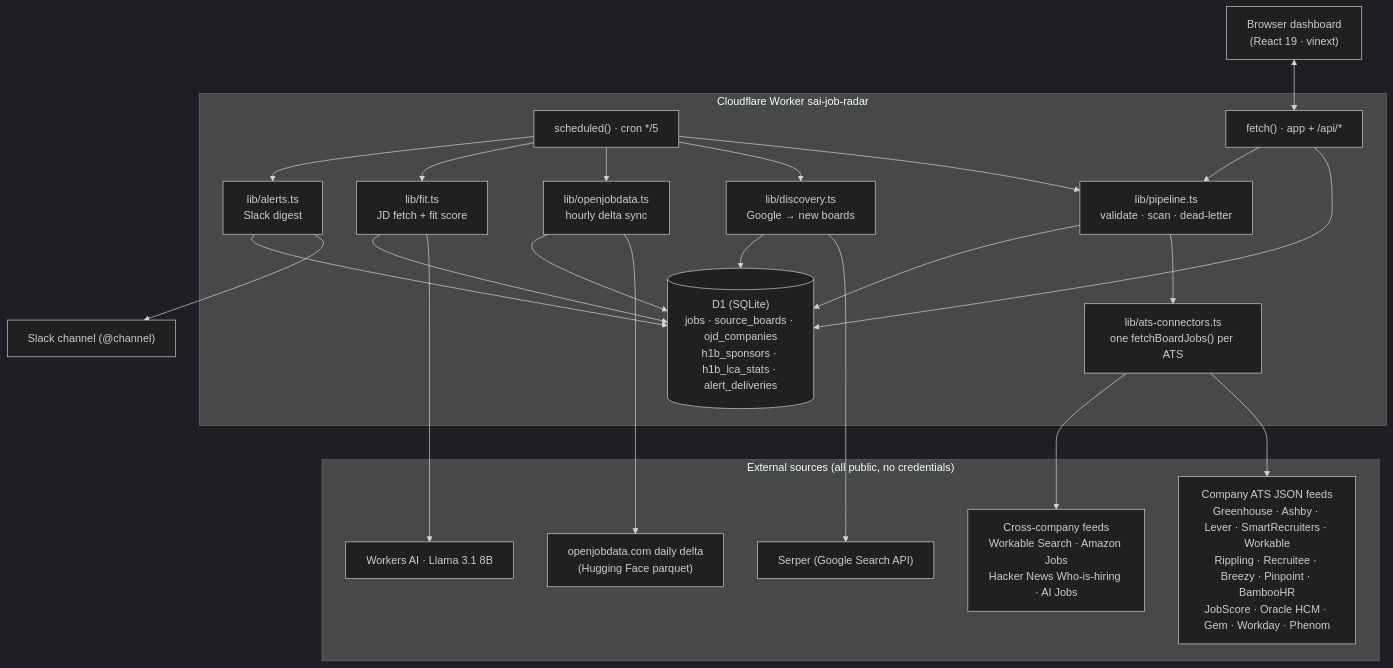
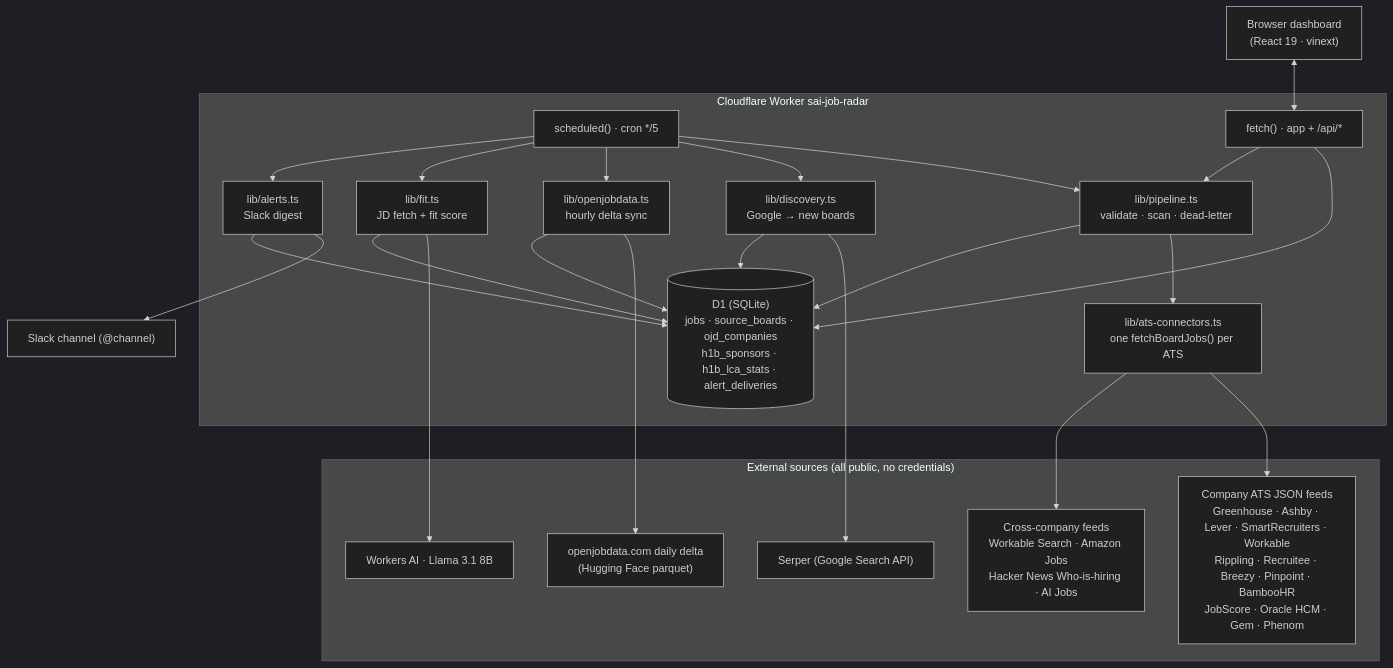
Before and after one commit to akhilesh360/sai-job-radar: the first of 2 diagrams in TECH_DESIGN.md, drawn with Mermaid (dark theme). The commit also changed other lines of this file, not shown here.

Commit message:
Design doc: Workday removed

````diff
--- a/TECH_DESIGN.md
+++ b/TECH_DESIGN.md
@@ -28,39 +28,39 @@
 ```mermaid
 flowchart TB
   subgraph Sources["External sources (all public, no credentials)"]
-    ATS["Company ATS JSON feeds<br/>Greenhouse · Ashby · Lever · SmartRecruiters · Workable<br/>Rippling · Recruitee · Breezy · Pinpoint · BambooHR<br/>JobScore · Oracle HCM · Gem · Workday · Phenom"]
+    ATS["Company ATS JSON feeds<br/>Greenhouse · Ashby · Lever · SmartRecruiters · Workable<br/>Rippling · Recruitee · Breezy · Pinpoint · BambooHR<br/>JobScore · Oracle HCM · Gem · Phenom"]
     AGG["Cross-company feeds<br/>Workable Search · Amazon Jobs<br/>Hacker News Who-is-hiring · AI Jobs"]
     OJD["openjobdata.com daily delta<br/>(Hugging Face parquet)"]
     SERP["Serper (Google Search API)"]
     AI["Workers AI · Llama 3.1 8B"]
   end
 
   subgraph CF["Cloudflare Worker sai-job-radar"]
     CRON["scheduled() · cron */5"]
     HTTP["fetch() · app + /api/*"]
     PIPE["lib/pipeline.ts<br/>validate · scan · dead-letter"]
     CONN["lib/ats-connectors.ts<br/>one fetchBoardJobs() per ATS"]
     DISC["lib/discovery.ts<br/>Google → new boards"]
     OJDS["lib/openjobdata.ts<br/>hourly delta sync"]
     FIT["lib/fit.ts<br/>JD fetch + fit score"]
     AL["lib/alerts.ts<br/>Slack digest"]
     D1[("D1 (SQLite)<br/>jobs · source_boards · ojd_companies<br/>h1b_sponsors · h1b_lca_stats · alert_deliveries")]
   end
 
   UI["Browser dashboard<br/>(React 19 · vinext)"]
   SLACK["Slack channel (@channel)"]
 
   CRON --> PIPE --> CONN --> ATS
   CONN --> AGG
   CRON --> DISC --> SERP
   CRON --> OJDS --> OJD
   CRON --> FIT --> AI
   CRON --> AL --> SLACK
   PIPE --> D1
   DISC --> D1
   OJDS --> D1
   FIT --> D1
   AL --> D1
   UI <--> HTTP --> D1
   HTTP --> PIPE
 ```
````
